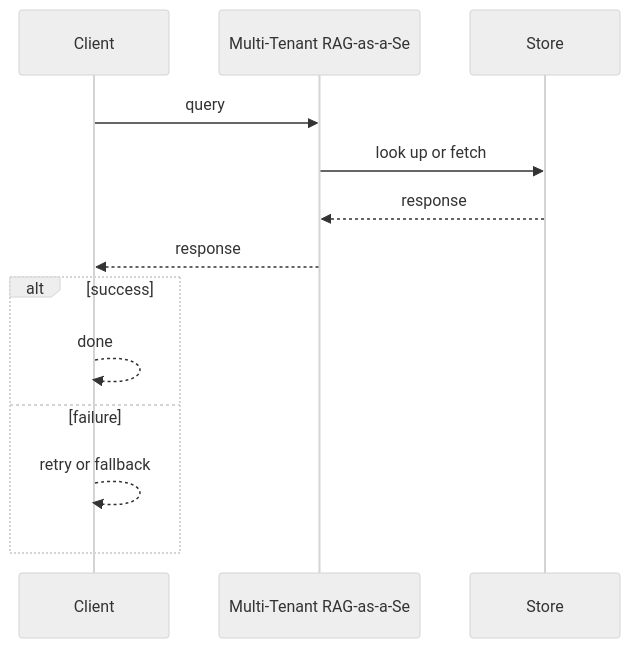
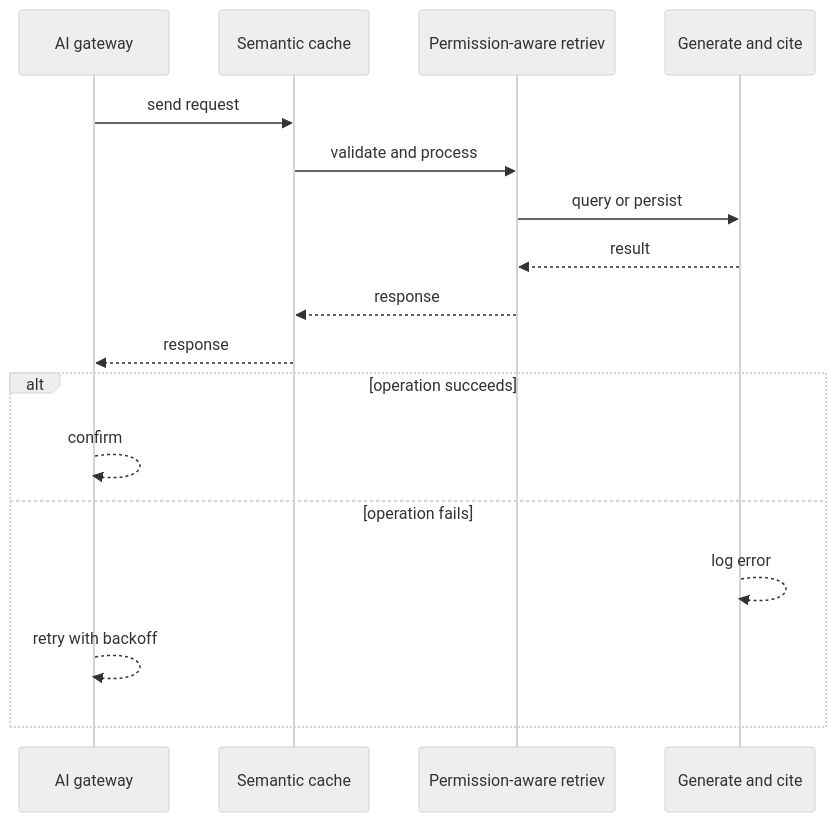
One commit to RIT-MESH/system-design-mastery changed the second of 4 diagrams in case-studies/ai-systems/multi-tenant-rag-service.md. Above: the diagram before and after it, drawn with Mermaid (neutral theme). The commit also changed other lines of this file and 64 other files, not shown here.

````diff
--- a/case-studies/ai-systems/multi-tenant-rag-service.md
+++ b/case-studies/ai-systems/multi-tenant-rag-service.md
@@ -80,16 +66,20 @@
 ```mermaid
 %% created-for: system-design-mastery
 sequenceDiagram
-  participant P0 as Client
-  participant P1 as Multi-Tenant RAG-as-a-Se
-  participant P2 as Store
-  P0 ->> P1: query
-  P1 ->> P2: look up or fetch
-  P2 -->> P1: response
-  P1 -->> P0: response
-  alt success
-    P0 -->> P0: done
-  else failure
-    P0 -->> P0: retry or fallback
+  participant C0 as AI gateway
+  participant C1 as Semantic cache
+  participant C2 as Permission-aware retriev
+  participant C3 as Generate and cite
+  C0 ->> C1: send request
+  C1 ->> C2: validate and process
+  C2 ->> C3: query or persist
+  C3 -->> C2: result
+  C2 -->> C1: response
+  C1 -->> C0: response
+  alt operation succeeds
+    C0 -->> C0: confirm
+  else operation fails
+    C3 -->> C3: log error
+    C0 -->> C0: retry with backoff
   end
 ```
````
